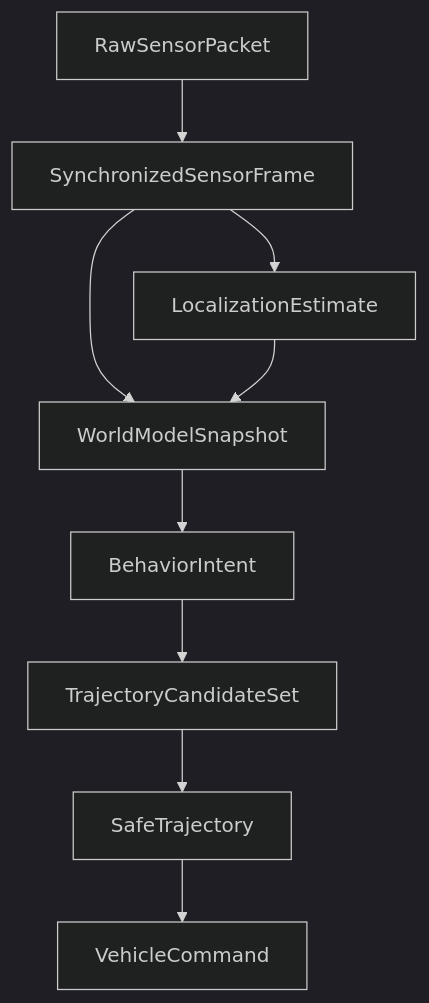
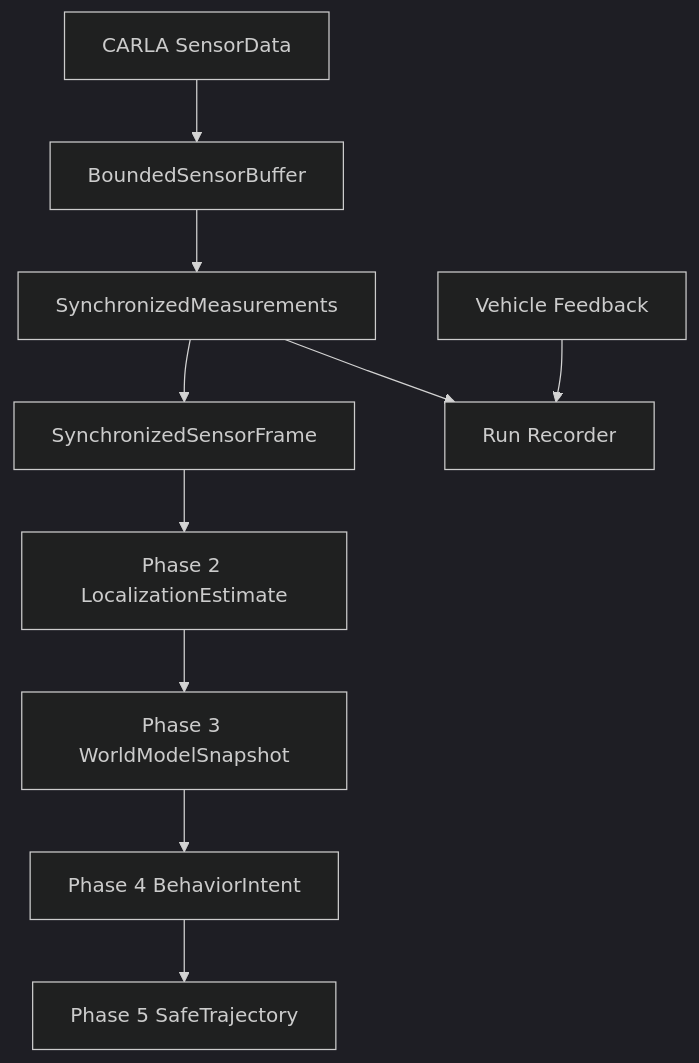
One commit to brutalstein/staj changed the diagram in docs/architecture/data_flow.md. Above: the diagram before and after it, drawn with Mermaid (dark theme). The commit also changed other lines of this file and 48 other files, not shown here.

Commit message:
Implement complete CARLA Phase 1 runtime

````diff
--- a/docs/architecture/data_flow.md
+++ b/docs/architecture/data_flow.md
@@ -3,11 +3,12 @@
 ```mermaid
 flowchart TD
-  Raw[RawSensorPacket] --> Sync[SynchronizedSensorFrame]
-  Sync --> Loc[LocalizationEstimate]
-  Sync --> World[WorldModelSnapshot]
-  Loc --> World
-  World --> Intent[BehaviorIntent]
-  Intent --> Candidate[TrajectoryCandidateSet]
-  Candidate --> Safe[SafeTrajectory]
-  Safe --> Command[VehicleCommand]
+  Callback[CARLA SensorData] --> Buffer[BoundedSensorBuffer]
+  Buffer --> Sync[SynchronizedMeasurements]
+  Sync --> Contract[SynchronizedSensorFrame]
+  Vehicle[Vehicle Feedback] --> Record[Run Recorder]
+  Sync --> Record
+  Contract --> Loc[Phase 2 LocalizationEstimate]
+  Loc --> World[Phase 3 WorldModelSnapshot]
+  World --> Intent[Phase 4 BehaviorIntent]
+  Intent --> Safe[Phase 5 SafeTrajectory]
 ```
````
